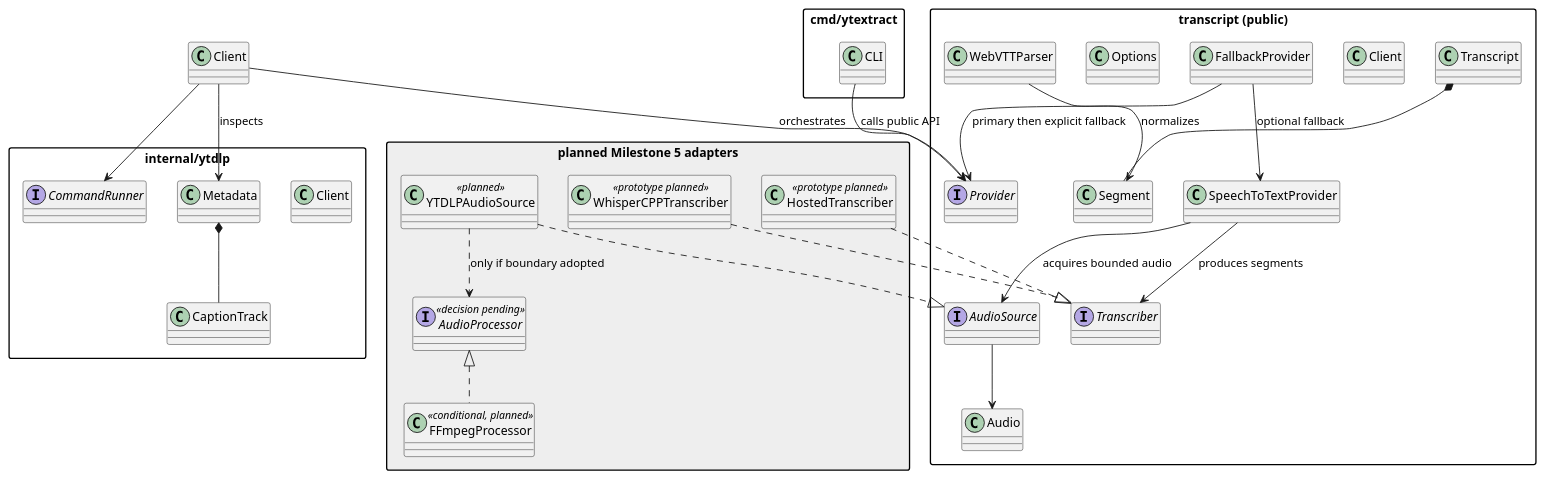
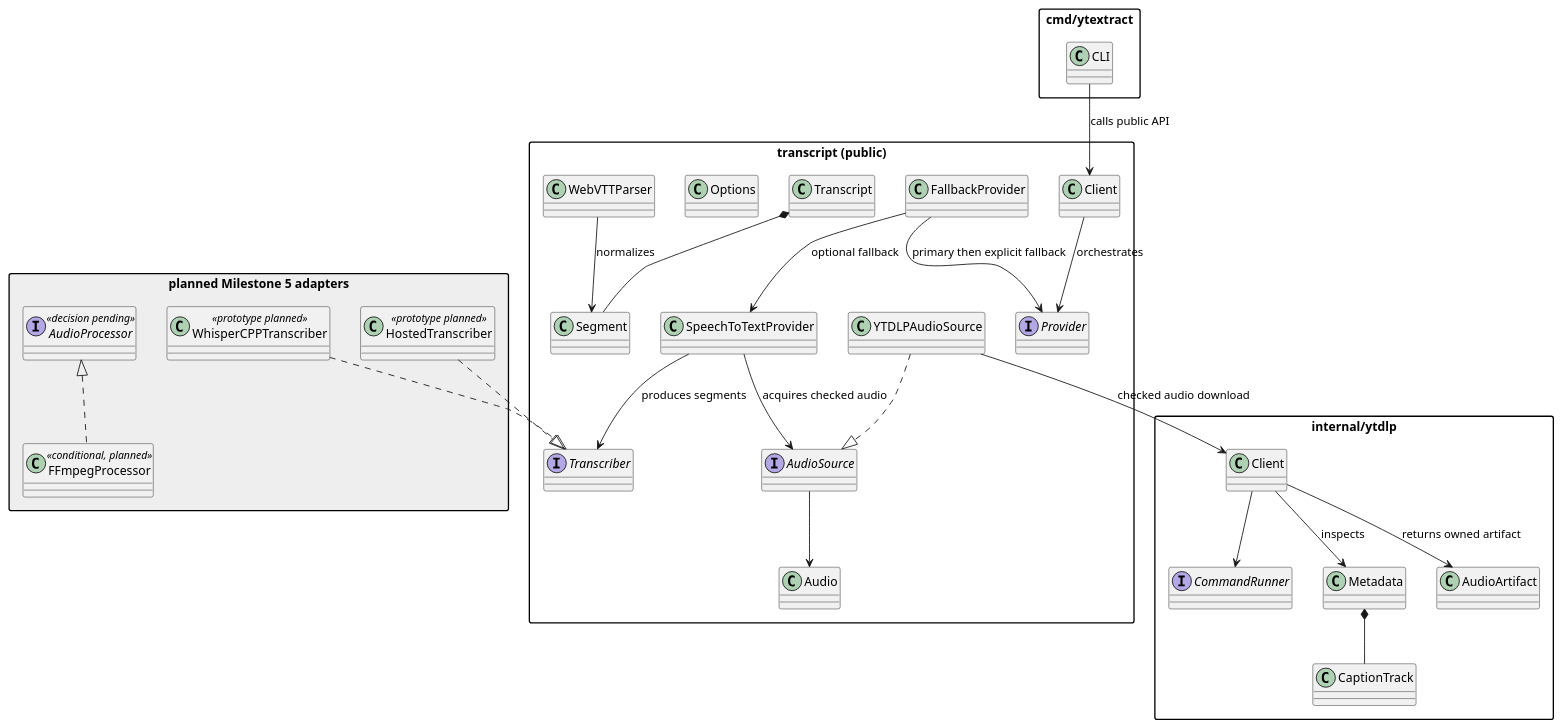
The diagram in docs/uml/packages.puml (mpsanders/voxscripta), drawn with PlantUML before and after one commit. The commit also changed 29 other files, not shown here.

First line of the commit message:
Add audio acquisition and metadata handling using yt-dlp

```diff
--- a/docs/uml/packages.puml
+++ b/docs/uml/packages.puml
@@ -1,54 +1,56 @@
 @startuml
 skinparam packageStyle rectangle
 
 package "transcript (public)" {
   class Transcript
   class Segment
-  class Client
+  class "Client" as PublicClient
   interface Provider
   class FallbackProvider
   class SpeechToTextProvider
   interface AudioSource
+  class YTDLPAudioSource
   interface Transcriber
   class Audio
   class Options
   class WebVTTParser
 }
 
 package "internal/ytdlp" {
-  class Client
+  class "Client" as YTDLPClient
   interface CommandRunner
   class Metadata
   class CaptionTrack
+  class AudioArtifact
 }
 
 package "planned Milestone 5 adapters" #EEEEEE {
-  class YTDLPAudioSource <<planned>>
   interface AudioProcessor <<decision pending>>
   class FFmpegProcessor <<conditional, planned>>
   class WhisperCPPTranscriber <<prototype planned>>
   class HostedTranscriber <<prototype planned>>
 }
 
 package "cmd/ytextract" {
   class CLI
 }
 
-CLI --> Provider : calls public API
-Client --> Provider : orchestrates
+CLI --> PublicClient : calls public API
+PublicClient --> Provider : orchestrates
 FallbackProvider --> Provider : primary then explicit fallback
 FallbackProvider --> SpeechToTextProvider : optional fallback
-SpeechToTextProvider --> AudioSource : acquires bounded audio
+SpeechToTextProvider --> AudioSource : acquires checked audio
 SpeechToTextProvider --> Transcriber : produces segments
 AudioSource --> Audio
 YTDLPAudioSource ..|> AudioSource
-YTDLPAudioSource ..> AudioProcessor : only if boundary adopted
+YTDLPAudioSource --> YTDLPClient : checked audio download
+YTDLPClient --> AudioArtifact : returns owned artifact
 AudioProcessor <|.. FFmpegProcessor
 WhisperCPPTranscriber ..|> Transcriber
 HostedTranscriber ..|> Transcriber
-Client --> CommandRunner
-Client --> Metadata : inspects
+YTDLPClient --> CommandRunner
+YTDLPClient --> Metadata : inspects
 Metadata *-- CaptionTrack
 Transcript *-- Segment
 WebVTTParser --> Segment : normalizes
 @enduml
```
